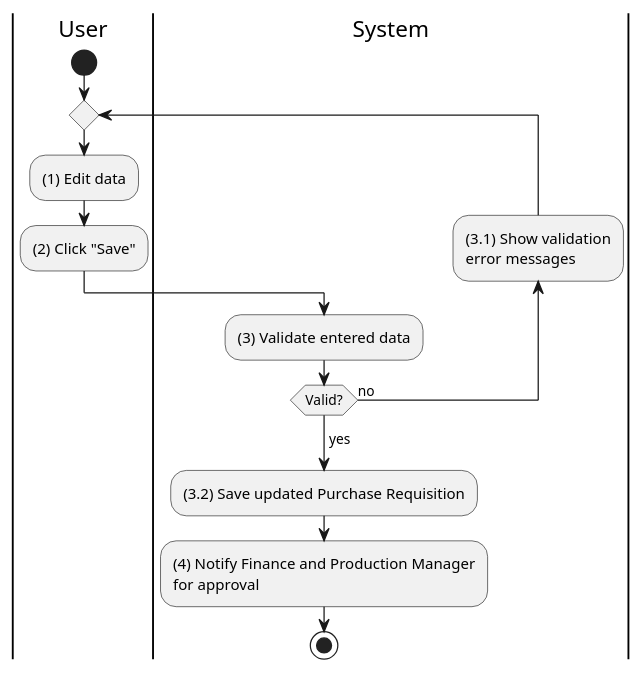
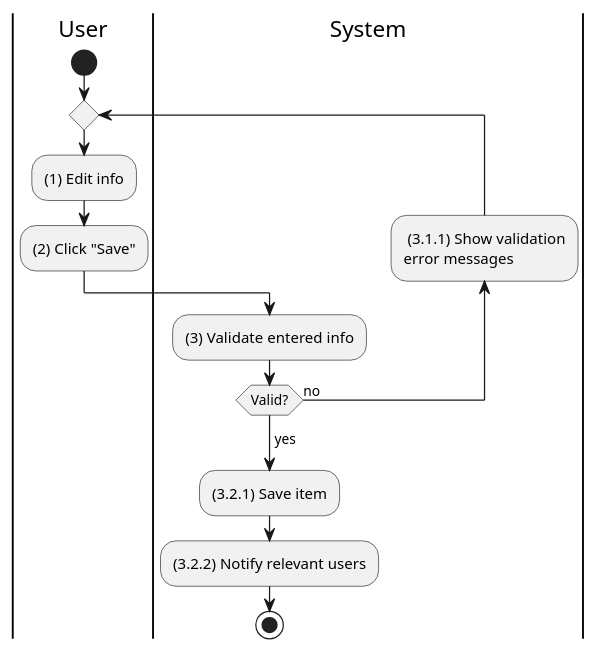
Before and after one commit to phihungha/scmss-reqs: the diagram in activities/purchase-requisition-update.plantuml, drawn with PlantUML. The commit also changed 19 other files, not shown here.

Commit message:
Improve production and purchase requisition activities

```diff
--- a/activities/purchase-requisition-update.plantuml
+++ b/activities/purchase-requisition-update.plantuml
@@ -1,21 +1,19 @@
 @startuml purchase-requisition-update
 |u|User
 |s|System
 
 |u|
 start
 repeat
-    :(1) Edit data;
+    :(1) Edit info;
     :(2) Click "Save";
 
     |s|
-    :(3) Validate entered data;
-    backward:(3.1) Show validation
-    error messages;
+    :(3) Validate entered info;
+    backward: (3.1.1) Show validation\nerror messages;
 repeat while (Valid?) is (no)
 ->yes;
-:(3.2) Save updated Purchase Requisition;
-:(4) Notify Finance and Production Manager
-for approval;
+:(3.2.1) Save item;
+:(3.2.2) Notify relevant users;
 stop
 @enduml
```
